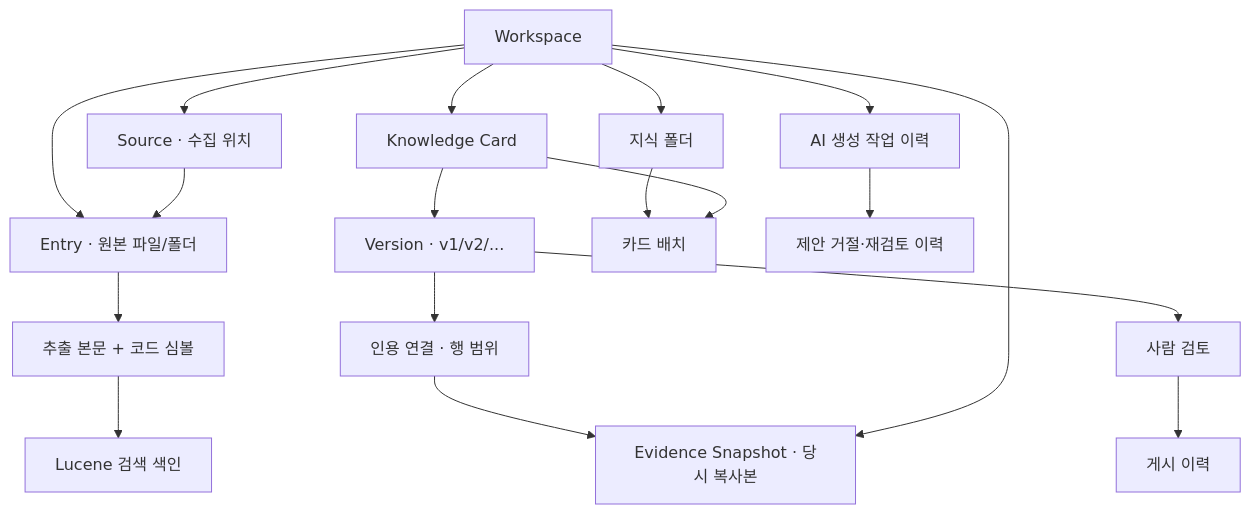
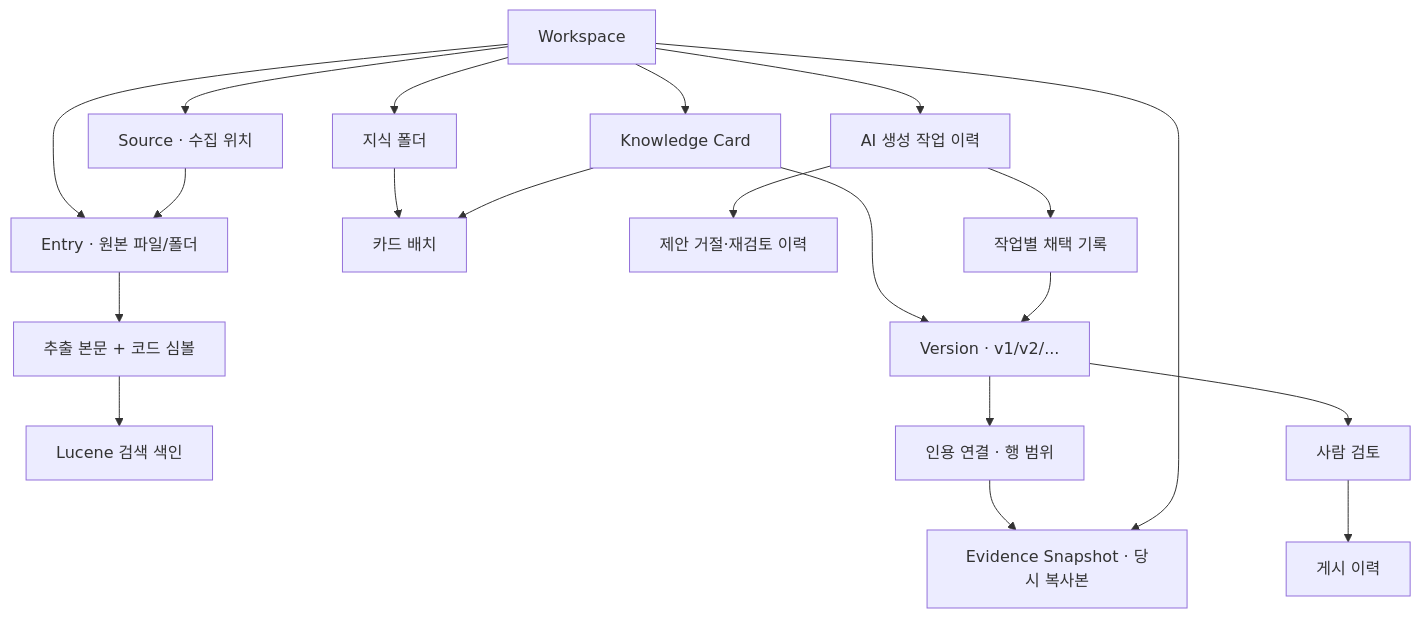
One commit to thisisnew/dougle changed the diagram in docs/modeling.md. Above: the diagram before and after it, drawn with Mermaid. The commit also changed other lines of this file and 31 other files, not shown here.

````diff
--- a/docs/modeling.md
+++ b/docs/modeling.md
@@ -25,20 +25,22 @@
 ```mermaid
 flowchart TD
   W[Workspace] --> S[Source · 수집 위치]
   W --> E[Entry · 원본 파일/폴더]
   S --> E
   E --> A[추출 본문 + 코드 심볼]
   A --> I[Lucene 검색 색인]
   W --> K[Knowledge Card]
   K --> V[Version · v1/v2/...]
   V --> C[인용 연결 · 행 범위]
   C --> B[Evidence Snapshot · 당시 복사본]
   W --> B
   V --> R[사람 검토]
   R --> P[게시 이력]
   W --> F[지식 폴더]
   F --> L[카드 배치]
   K --> L
   W --> J[AI 생성 작업 이력]
   J --> D[제안 거절·재검토 이력]
+  J --> ACCEPT[작업별 채택 기록]
+  ACCEPT --> V
 ```
````
